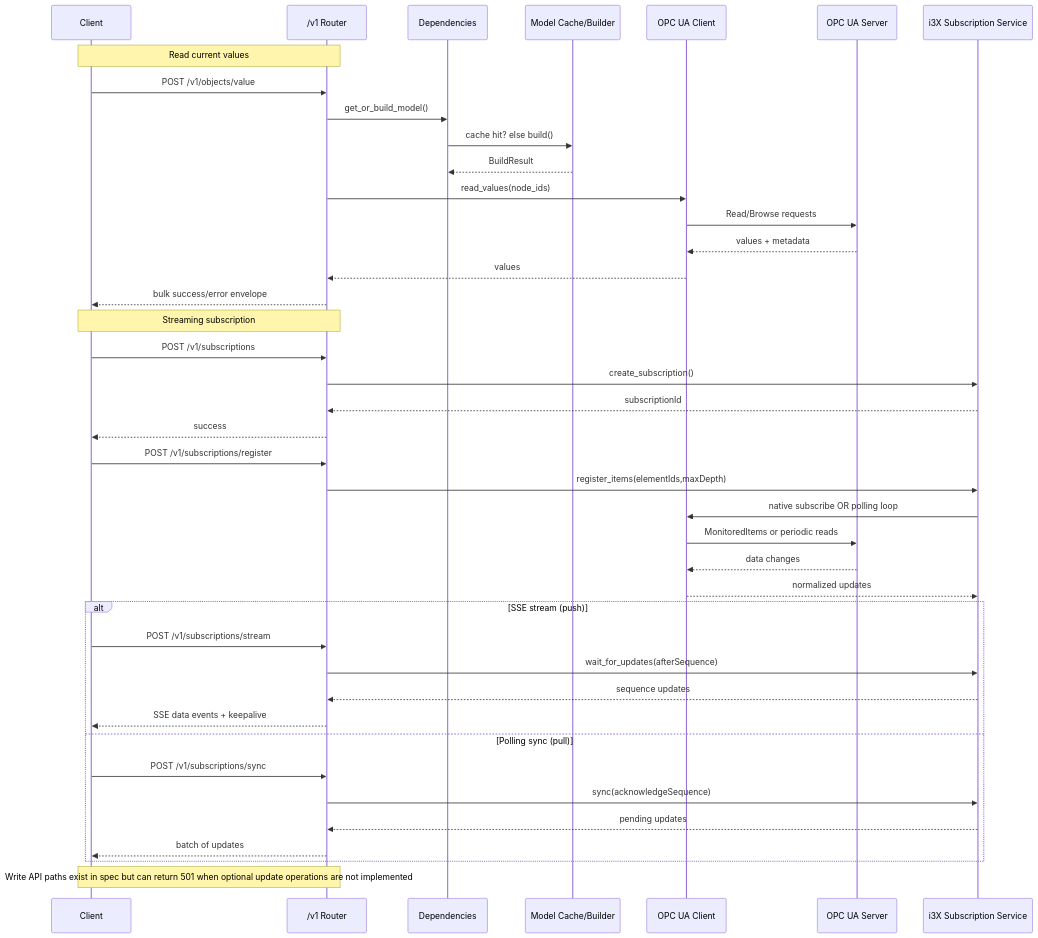
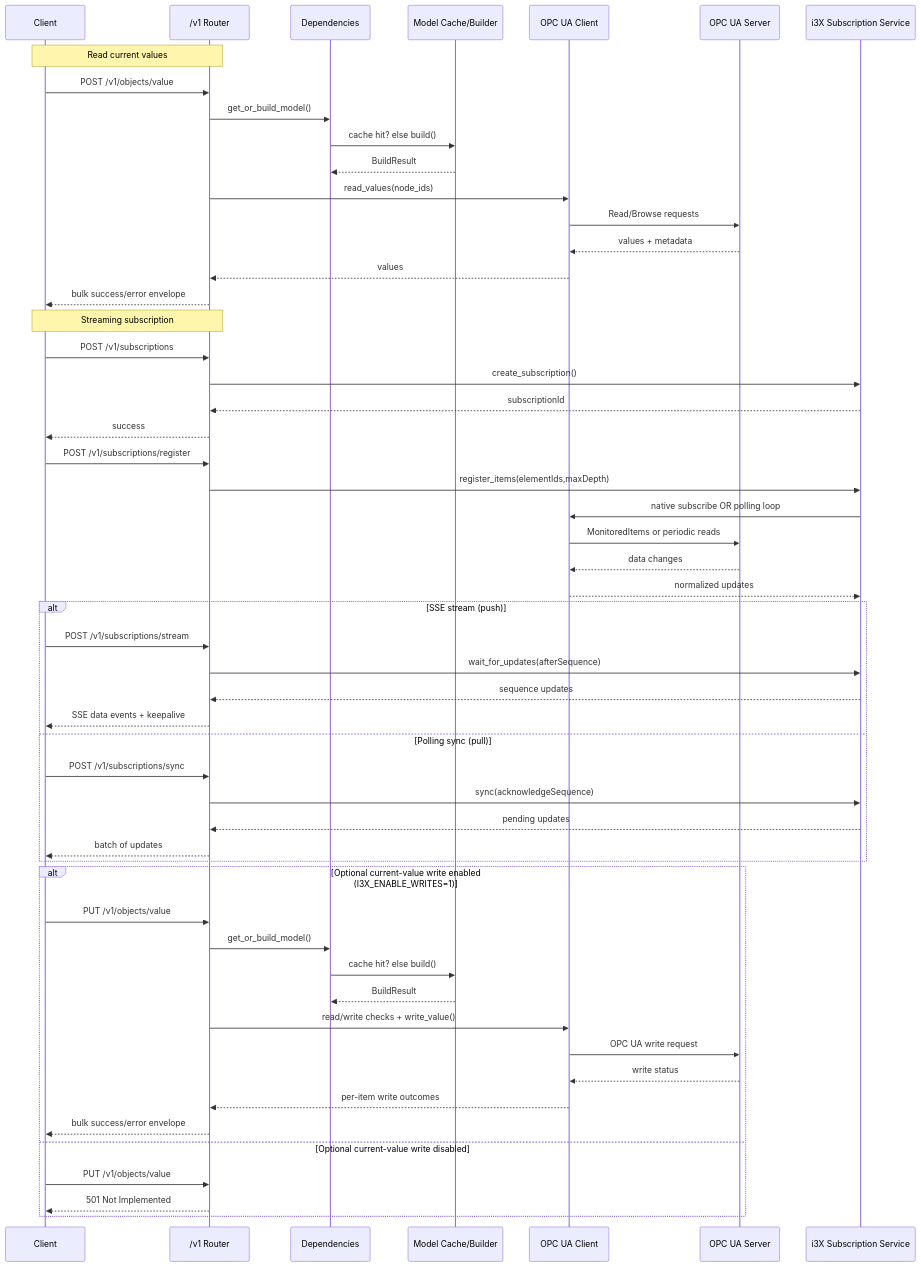
One commit to AndreasHeine/i3x2ua changed the second of 2 diagrams in README.md. Above: the diagram before and after it, drawn with Mermaid. The commit also changed other lines of this file and 1 other file, not shown here.

Commit message:
update: readme and docs for write support

````diff
--- a/README.md
+++ b/README.md
@@ -66,48 +66,61 @@
 ```mermaid
 sequenceDiagram
 	participant C as Client
 	participant R as /v1 Router
 	participant D as Dependencies
 	participant M as Model Cache/Builder
 	participant O as OPC UA Client
 	participant U as OPC UA Server
 	participant S as i3X Subscription Service
 
 	Note over C,R: Read current values
 	C->>R: POST /v1/objects/value
 	R->>D: get_or_build_model()
 	D->>M: cache hit? else build()
 	M-->>D: BuildResult
 	R->>O: read_values(node_ids)
 	O->>U: Read/Browse requests
 	U-->>O: values + metadata
 	O-->>R: values
 	R-->>C: bulk success/error envelope
 
 	Note over C,R: Streaming subscription
 	C->>R: POST /v1/subscriptions
 	R->>S: create_subscription()
 	S-->>R: subscriptionId
 	R-->>C: success
 
 	C->>R: POST /v1/subscriptions/register
 	R->>S: register_items(elementIds,maxDepth)
 	S->>O: native subscribe OR polling loop
 	O->>U: MonitoredItems or periodic reads
 	U-->>O: data changes
 	O-->>S: normalized updates
 
 	alt SSE stream (push)
 		C->>R: POST /v1/subscriptions/stream
 		R->>S: wait_for_updates(afterSequence)
 		S-->>R: sequence updates
 		R-->>C: SSE data events + keepalive
 	else Polling sync (pull)
 		C->>R: POST /v1/subscriptions/sync
 		R->>S: sync(acknowledgeSequence)
 		S-->>R: pending updates
 		R-->>C: batch of updates
 	end
 
-	Note over C,R: Write API paths exist in spec but can return 501 when optional update operations are not implemented
+	alt Optional current-value write enabled (I3X_ENABLE_WRITES=1)
+		C->>R: PUT /v1/objects/value
+		R->>D: get_or_build_model()
+		D->>M: cache hit? else build()
+		M-->>D: BuildResult
+		R->>O: read/write checks + write_value()
+		O->>U: OPC UA write request
+		U-->>O: write status
+		O-->>R: per-item write outcomes
+		R-->>C: bulk success/error envelope
+	else Optional current-value write disabled
+		C->>R: PUT /v1/objects/value
+		R-->>C: 501 Not Implemented
+	end
 ```
````
